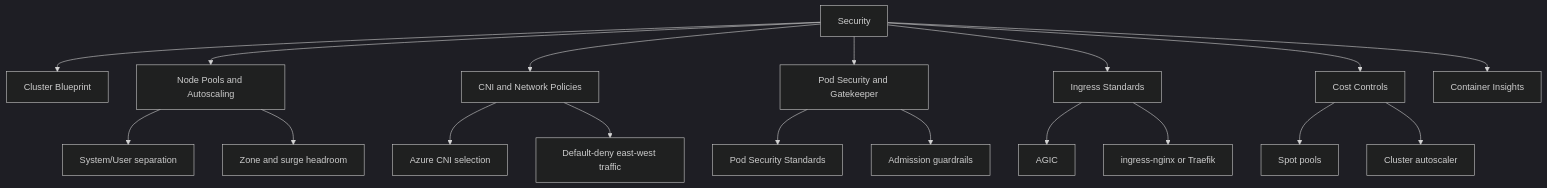
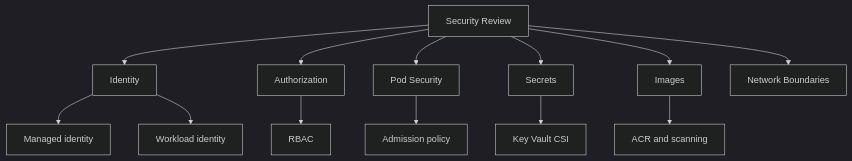
The diagram in docs/best-practices/security.md (yeongseon/azure-kubernetes-service-practical-guide), drawn with Mermaid (dark theme) before and after one commit. The commit also changed other lines of this file and 8 other files, not shown here.

````diff
--- a/docs/best-practices/security.md
+++ b/docs/best-practices/security.md
@@ -32,20 +42,15 @@
 ```mermaid
 flowchart TD
-    A[Security] --> B[Cluster Blueprint]
-    A --> C[Node Pools and Autoscaling]
-    A --> D[CNI and Network Policies]
-    A --> E[Pod Security and Gatekeeper]
-    A --> F[Ingress Standards]
-    A --> G[Cost Controls]
-    A --> H[Container Insights]
-    C --> C1[System/User separation]
-    C --> C2[Zone and surge headroom]
-    D --> D1[Azure CNI selection]
-    D --> D2[Default-deny east-west traffic]
-    E --> E1[Pod Security Standards]
-    E --> E2[Admission guardrails]
-    F --> F1[AGIC]
-    F --> F2[ingress-nginx or Traefik]
-    G --> G1[Spot pools]
-    G --> G2[Cluster autoscaler]
+    A[Security Review] --> B[Identity]
+    A --> C[Authorization]
+    A --> D[Pod Security]
+    A --> E[Secrets]
+    A --> F[Images]
+    A --> G[Network Boundaries]
+    B --> B1[Managed identity]
+    B --> B2[Workload identity]
+    C --> C1[RBAC]
+    D --> D1[Admission policy]
+    E --> E1[Key Vault CSI]
+    F --> F1[ACR and scanning]
 ```
````
